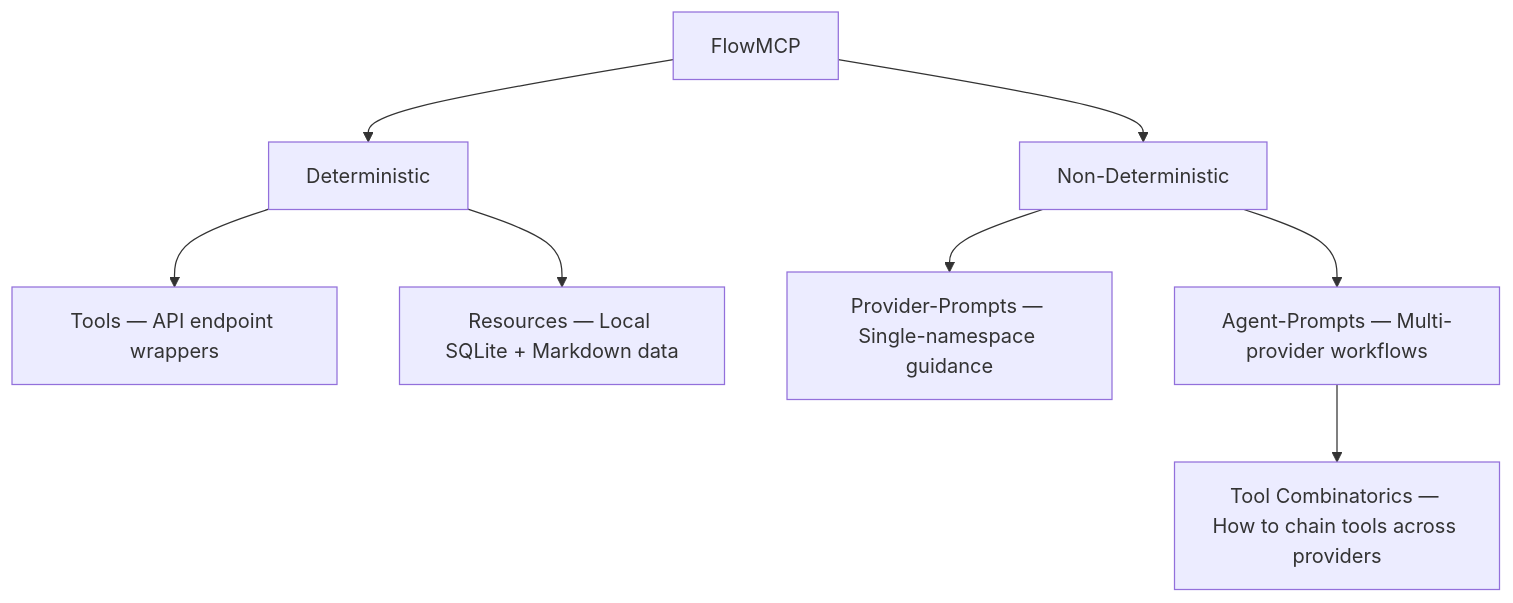
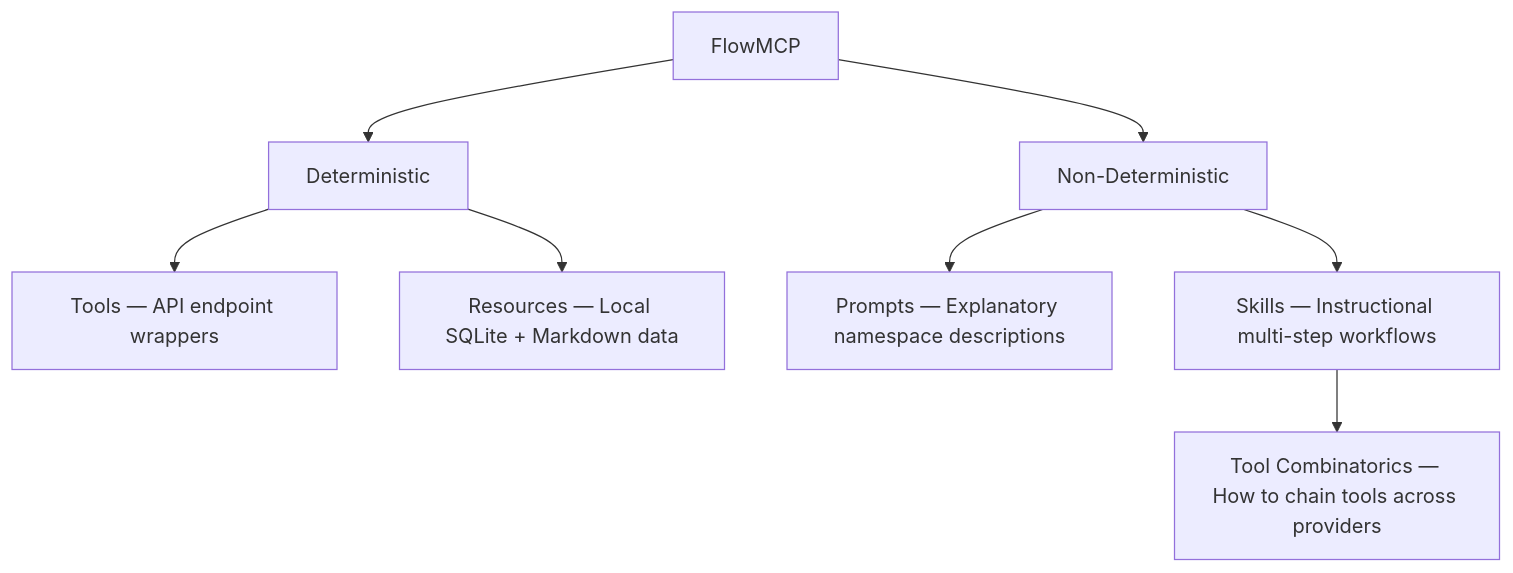
Before and after one commit to FlowMCP/flowmcp-spec: the first of 3 diagrams in spec/v3.0.0/00-overview.md, drawn with Mermaid. The commit also changed other lines of this file and 9 other files, not shown here.

````diff
--- a/spec/v3.0.0/00-overview.md
+++ b/spec/v3.0.0/00-overview.md
@@ -31,13 +31,13 @@
 ```mermaid
 flowchart TD
     A[FlowMCP] --> B[Deterministic]
     A --> C[Non-Deterministic]
 
     B --> D[Tools — API endpoint wrappers]
     B --> E[Resources — Local SQLite + Markdown data]
 
-    C --> F[Provider-Prompts — Single-namespace guidance]
-    C --> G[Agent-Prompts — Multi-provider workflows]
+    C --> F[Prompts — Explanatory namespace descriptions]
+    C --> G[Skills — Instructional multi-step workflows]
 
     G --> H[Tool Combinatorics — How to chain tools across providers]
 ```
````
